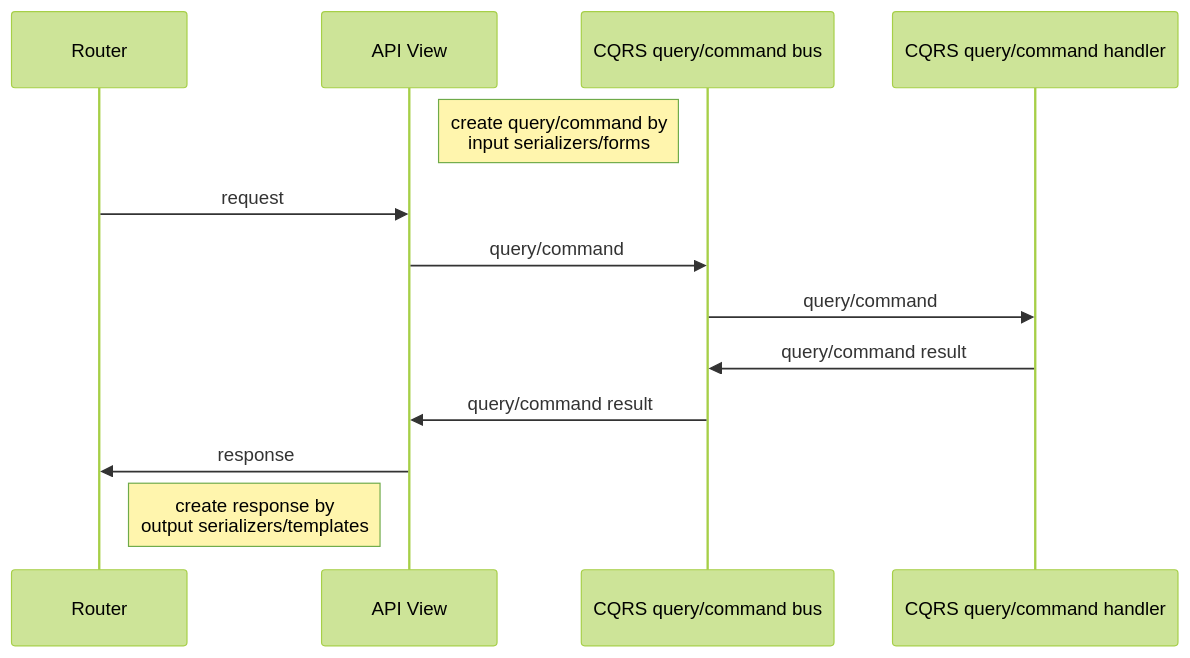
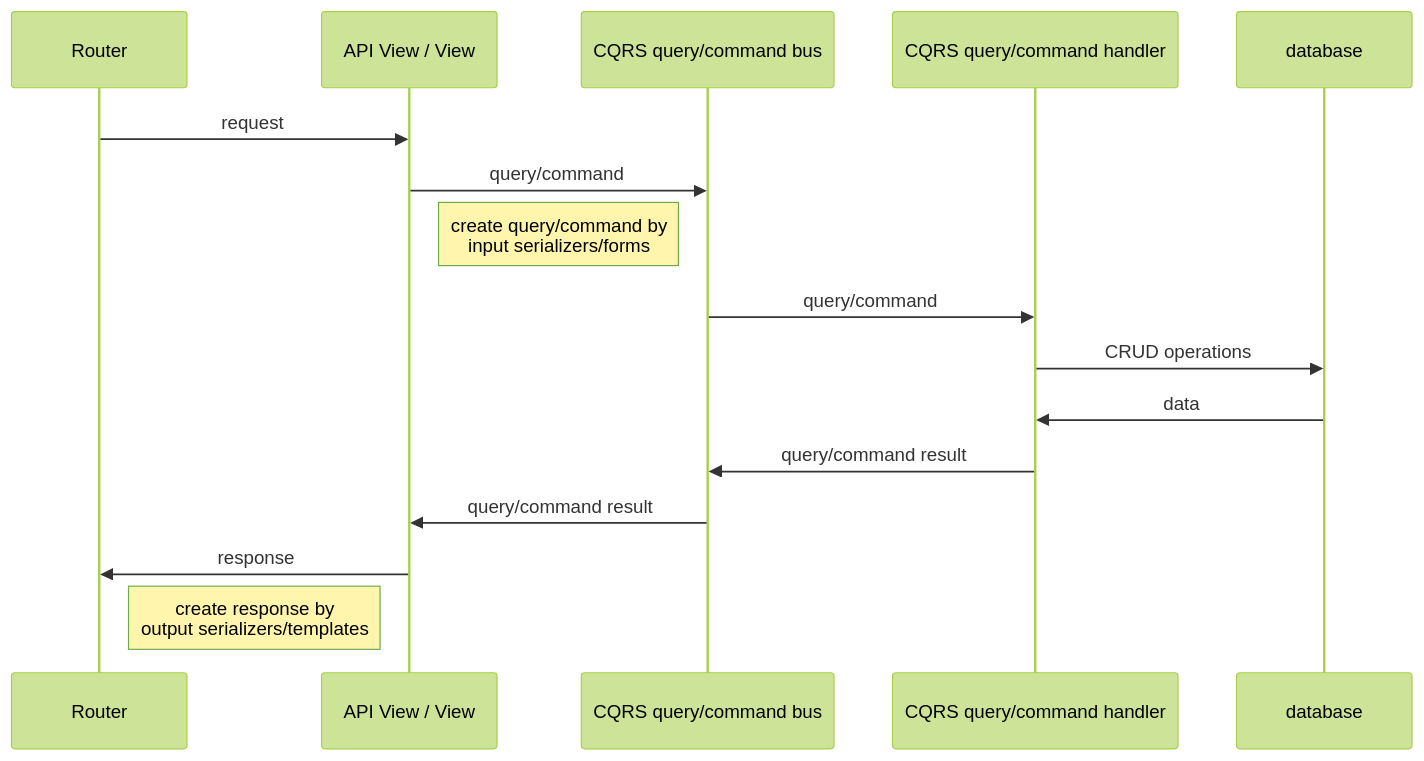
Before and after one commit to slapshin/django-cqrs-demo: the diagram in docs/implementation.md, drawn with Mermaid (forest theme). The commit also changed other lines of this file and 17 other files, not shown here.

````diff
--- a/docs/implementation.md
+++ b/docs/implementation.md
@@ -17,14 +26,18 @@
 ```mermaid
   sequenceDiagram
-    participant Router 
-    participant API View 
-    Note right of API View: create query/command by <br/>input serializers/forms 
-    Router->>API View: request 
-    participant CQRS query/command bus 
-    API View->>CQRS query/command bus: query/command 
-    CQRS query/command bus->>CQRS query/command handler: query/command 
-    CQRS query/command handler->>CQRS query/command bus: query/command result
-    CQRS query/command bus->>API View: query/command result
-    API View->>Router: response 
-    Note left of API View: create response by <br/>output serializers/templates
+    participant router as Router 
+    participant view as API View / View
+    participant bus as CQRS query/command bus 
+    participant handler as CQRS query/command handler
+    participant database 
+    router->>view: request 
+    view->>bus: query/command 
+    Note right of view: create query/command by <br/>input serializers/forms 
+    bus->>handler: query/command 
+    handler->>database: CRUD operations
+    database->>handler: data 
+    handler->>bus: query/command result
+    bus->>view: query/command result
+    view->>router: response 
+    Note left of view: create response by <br/>output serializers/templates
 ```
````
